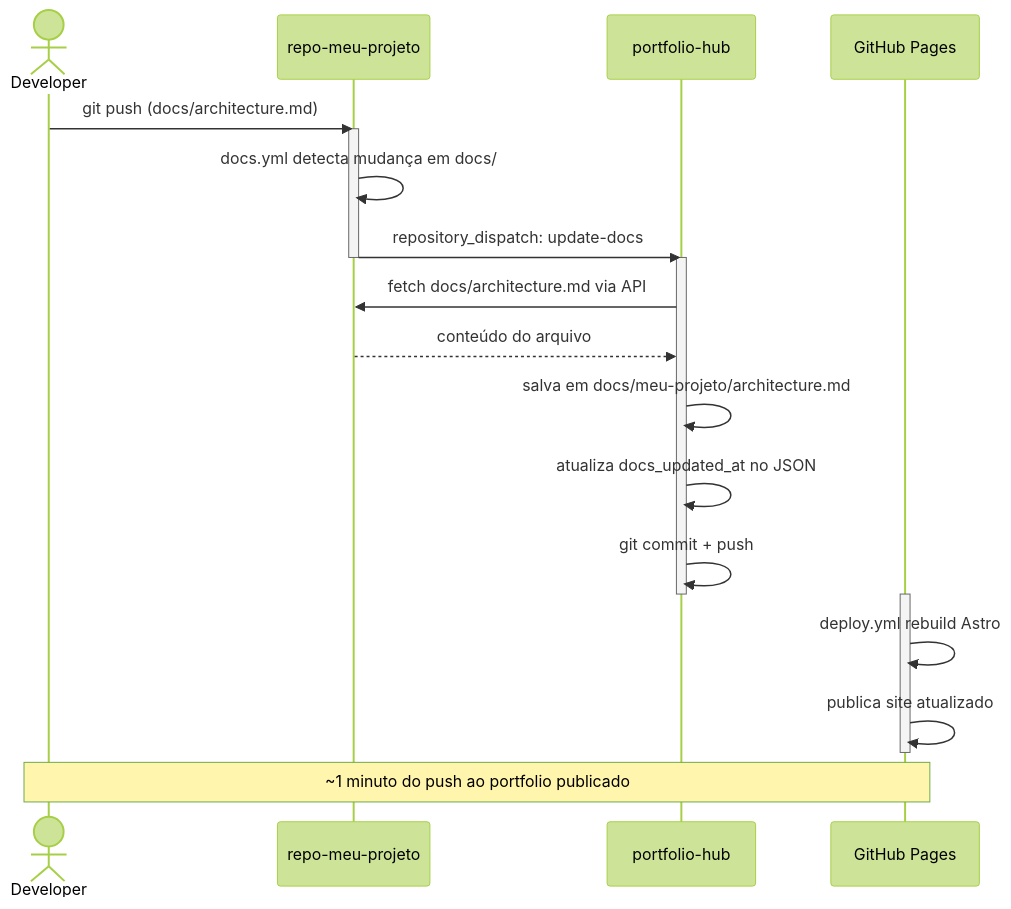
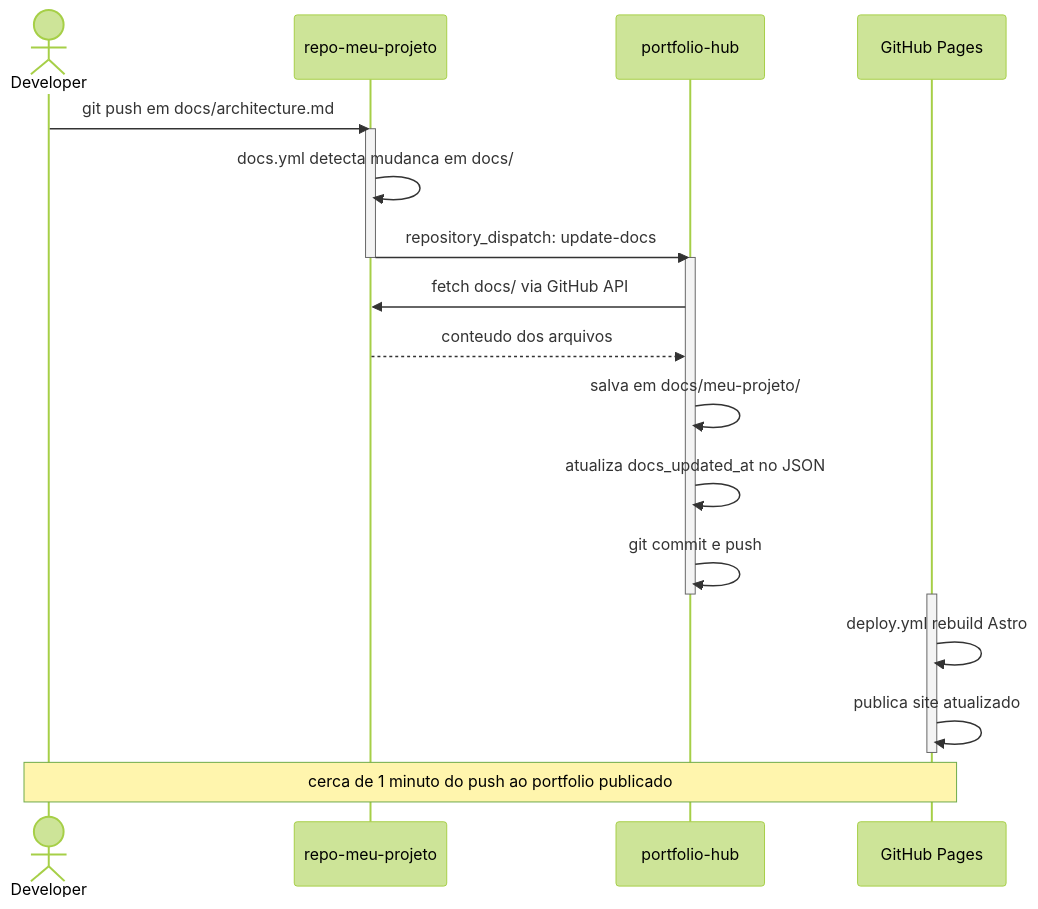
Before and after one commit to uMatheusx/portfolio-hub: the fifth of 5 diagrams in docs/gitops-portfolio-lambda/architecture.md, drawn with Mermaid (forest theme). The commit also changed other lines of this file and 1 other file, not shown here.

Commit message:
fix: architecture default project

````diff
--- a/docs/gitops-portfolio-lambda/architecture.md
+++ b/docs/gitops-portfolio-lambda/architecture.md
@@ -92,28 +91,28 @@
 ```mermaid
 sequenceDiagram
     actor Dev as Developer
     participant Repo as repo-meu-projeto
     participant Hub as portfolio-hub
     participant Pages as GitHub Pages
 
-    Dev->>Repo: git push (docs/architecture.md)
+    Dev->>Repo: git push em docs/architecture.md
     activate Repo
-    Repo->>Repo: docs.yml detecta mudança em docs/
+    Repo->>Repo: docs.yml detecta mudanca em docs/
     Repo->>Hub: repository_dispatch: update-docs
     deactivate Repo
 
     activate Hub
-    Hub->>Repo: fetch docs/architecture.md via API
-    Repo-->>Hub: conteúdo do arquivo
-    Hub->>Hub: salva em docs/meu-projeto/architecture.md
+    Hub->>Repo: fetch docs/ via GitHub API
+    Repo-->>Hub: conteudo dos arquivos
+    Hub->>Hub: salva em docs/meu-projeto/
     Hub->>Hub: atualiza docs_updated_at no JSON
-    Hub->>Hub: git commit + push
+    Hub->>Hub: git commit e push
     deactivate Hub
 
     activate Pages
     Pages->>Pages: deploy.yml rebuild Astro
     Pages->>Pages: publica site atualizado
     deactivate Pages
 
-    Note over Dev,Pages: ~1 minuto do push ao portfolio publicado
+    Note over Dev,Pages: cerca de 1 minuto do push ao portfolio publicado
 ```
````
